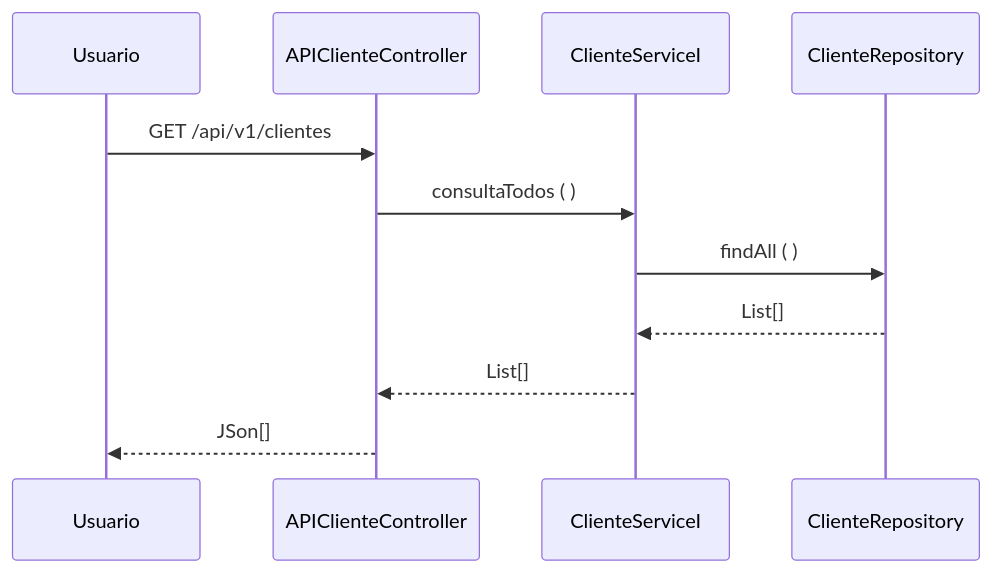
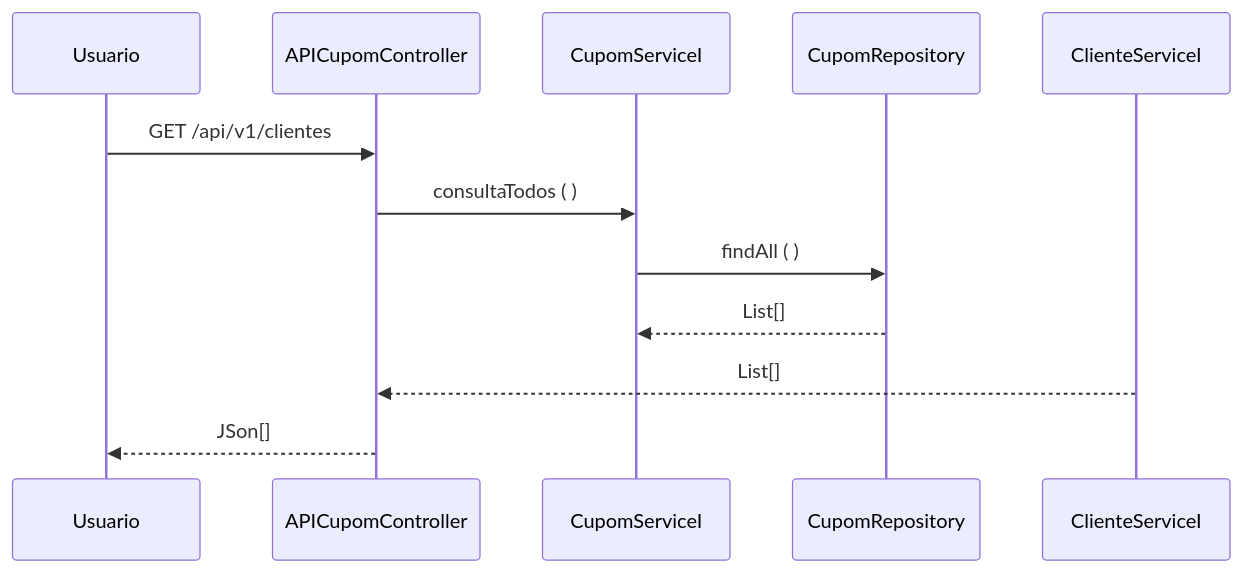
The third of 3 diagrams in README.md (GIVEC/Give), drawn with Mermaid before and after one commit. The commit also changed other lines of this file, not shown here.

````diff
--- a/README.md
+++ b/README.md
@@ -82,9 +119,9 @@
 ```mermaid
 sequenceDiagram
-Usuario ->> APIClienteController: GET /api/v1/clientes
-APIClienteController ->> ClienteServiceI: consultaTodos ( )
-ClienteServiceI ->> ClienteRepository: findAll ( )
-ClienteRepository -->> ClienteServiceI: List[]
-ClienteServiceI-->> APIClienteController: List[]
-APIClienteController -->> Usuario: JSon[]
+Usuario ->> APICupomController: GET /api/v1/clientes
+APICupomController ->> CupomServiceI: consultaTodos ( )
+CupomServiceI ->> CupomRepository: findAll ( )
+CupomRepository -->> CupomServiceI: List[]
+ClienteServiceI-->> APICupomController: List[]
+APICupomController -->> Usuario: JSon[]
 ```
````
